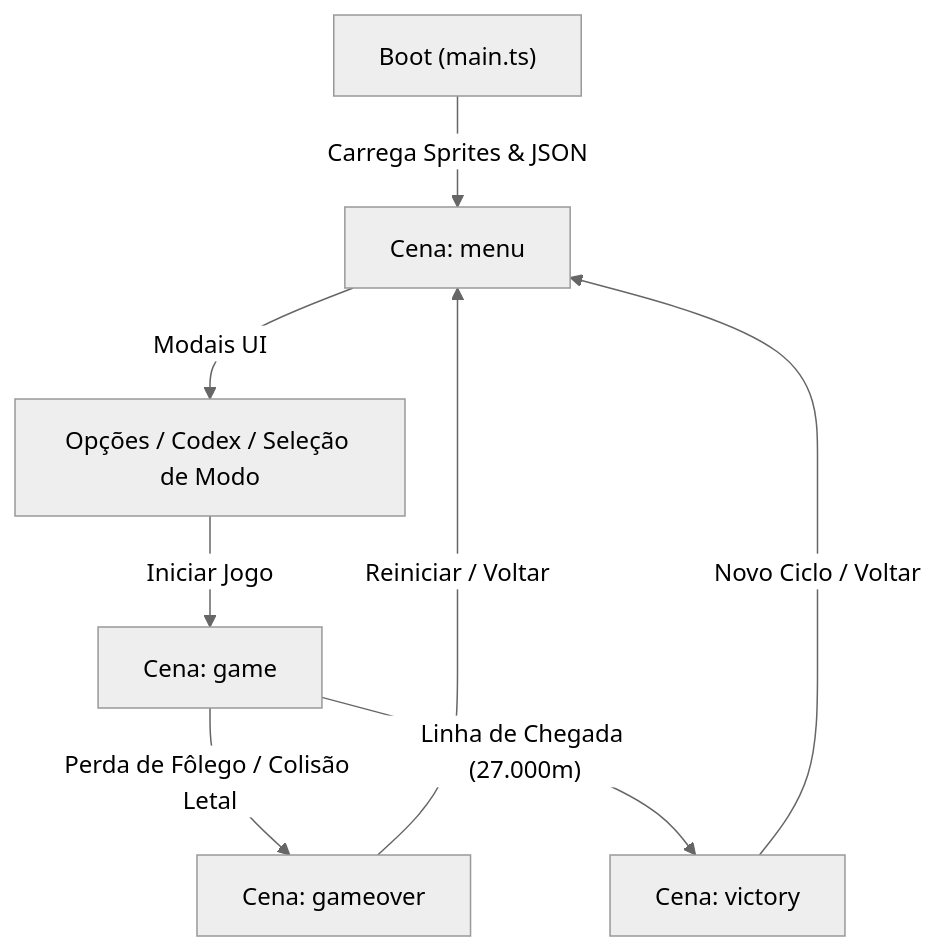
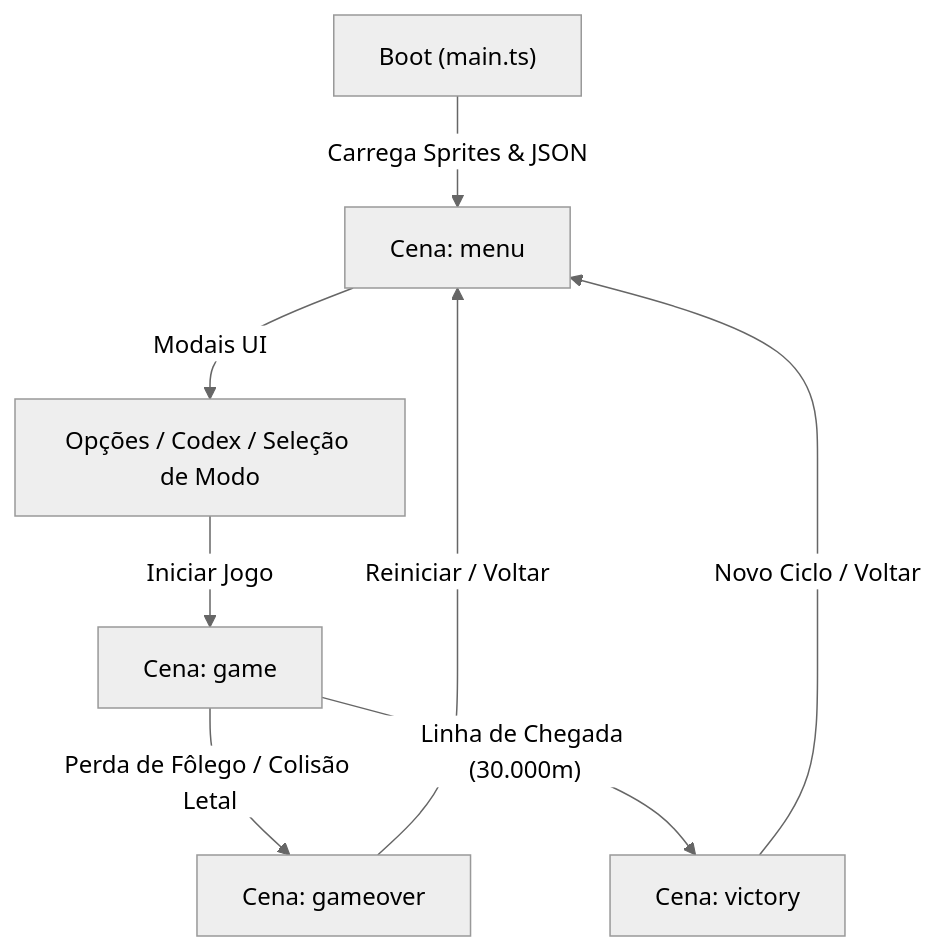
The first of 2 diagrams in docs/ARCHITECTURE.md (FeCruz0/micro-splash), drawn with Mermaid (neutral theme) before and after one commit. The commit also changed other lines of this file and 2 other files, not shown here.

````diff
--- a/docs/ARCHITECTURE.md
+++ b/docs/ARCHITECTURE.md
@@ -59,10 +68,10 @@
 ```mermaid
 graph TD
     BOOT["Boot (main.ts)"] -->|"Carrega Sprites & JSON"| MENU["Cena: menu"]
     MENU -->|"Modais UI"| MODALS["Opções / Codex / Seleção de Modo"]
     MODALS -->|"Iniciar Jogo"| GAME["Cena: game"]
     GAME -->|"Perda de Fôlego / Colisão Letal"| GAMEOVER["Cena: gameover"]
-    GAME -->|"Linha de Chegada (27.000m)"| VICTORY["Cena: victory"]
+    GAME -->|"Linha de Chegada (30.000m)"| VICTORY["Cena: victory"]
     GAMEOVER -->|"Reiniciar / Voltar"| MENU
     VICTORY -->|"Novo Ciclo / Voltar"| MENU
 ```
````
